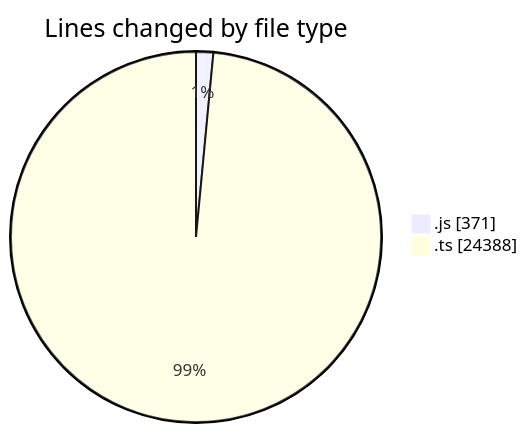
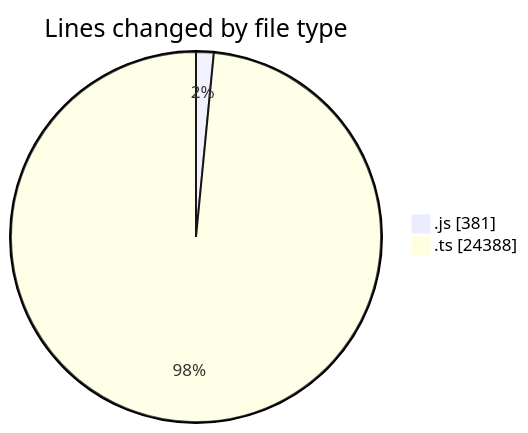
Before and after one commit to momahboobian/code-tracking: the first of 2 diagrams in 2026-01-15/cda/README.md, drawn with Mermaid. The commit also changed other lines of this file and 1 other file, not shown here.

````diff
--- a/2026-01-15/cda/README.md
+++ b/2026-01-15/cda/README.md
@@ -24,6 +25,6 @@
 ```mermaid
 pie showData
 title Lines changed by file type
-".js" : 371
+".js" : 381
 ".ts" : 24388
 ```
````
